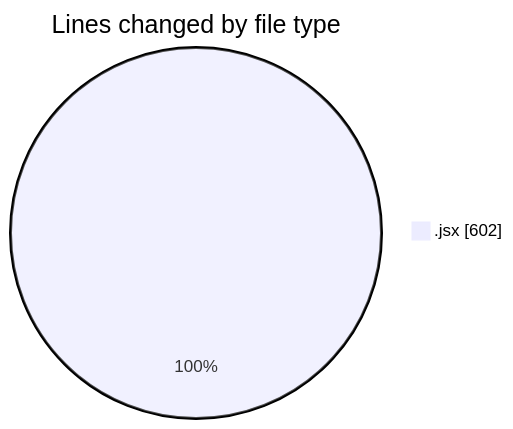
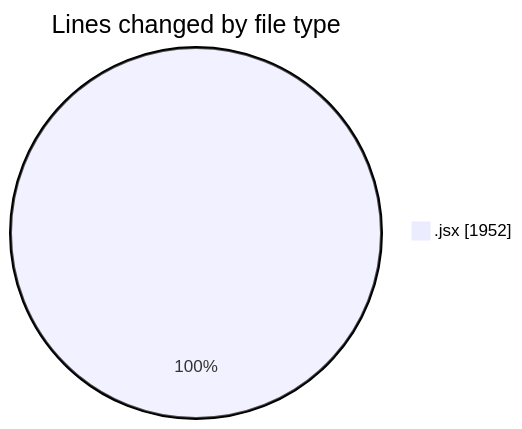
Before and after one commit to nxtqubesakshisongat/code-tracking: the first of 2 diagrams in 2025-05-14/argos-dev/README.md, drawn with Mermaid. The commit also changed other lines of this file and 1 other file, not shown here.

````diff
--- a/2025-05-14/argos-dev/README.md
+++ b/2025-05-14/argos-dev/README.md
@@ -21,5 +24,5 @@
 ```mermaid
 pie showData
 title Lines changed by file type
-".jsx" : 602
+".jsx" : 1952
 ```
````
